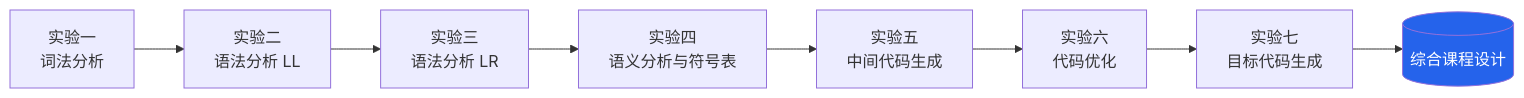
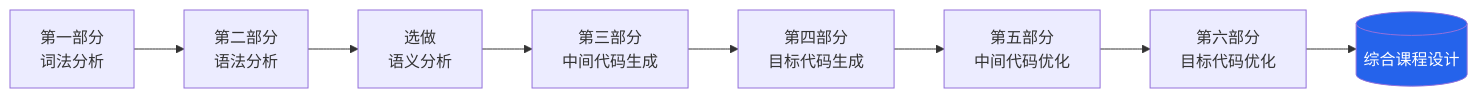
Before and after one commit to lightsmilew/compiler-principles: the diagram in docs/intro.md, drawn with Mermaid. The commit also changed other lines of this file and 24 other files, not shown here.

````diff
--- a/docs/intro.md
+++ b/docs/intro.md
@@ -21,11 +21,11 @@
 ```mermaid
 flowchart LR
-  A[实验一<br/>词法分析] --> B[实验二<br/>语法分析 LL]
-  B --> C[实验三<br/>语法分析 LR]
-  C --> D[实验四<br/>语义分析与符号表]
-  D --> E[实验五<br/>中间代码生成]
-  E --> F[实验六<br/>代码优化]
-  F --> G[实验七<br/>目标代码生成]
-  G --> H[(综合课程设计)]
-  style H fill:#2563eb,color:#fff
+  A[第一部分<br/>词法分析] --> B[第二部分<br/>语法分析]
+  B --> S[选做<br/>语义分析]
+  S --> C[第三部分<br/>中间代码生成]
+  C --> D[第四部分<br/>目标代码生成]
+  D --> E[第五部分<br/>中间代码优化]
+  E --> F[第六部分<br/>目标代码优化]
+  F --> G[(综合课程设计)]
+  style G fill:#2563eb,color:#fff
 ```
````
